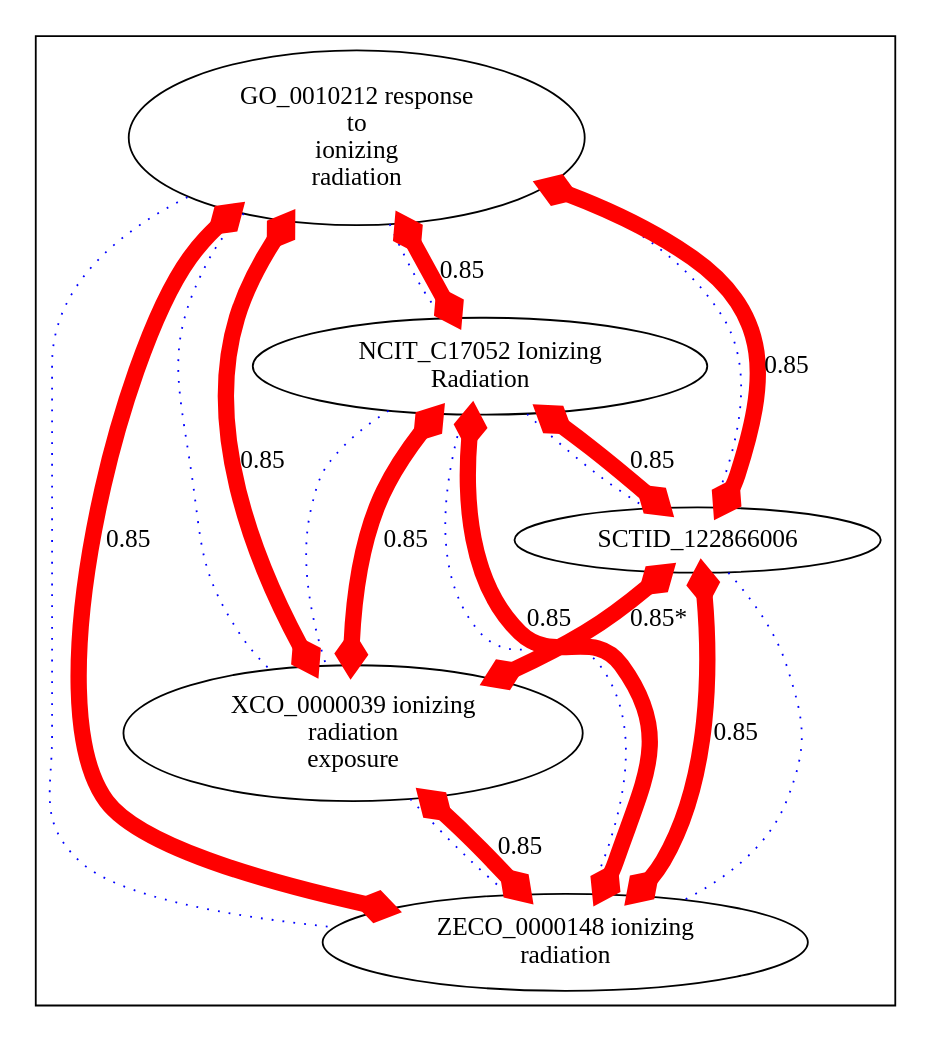
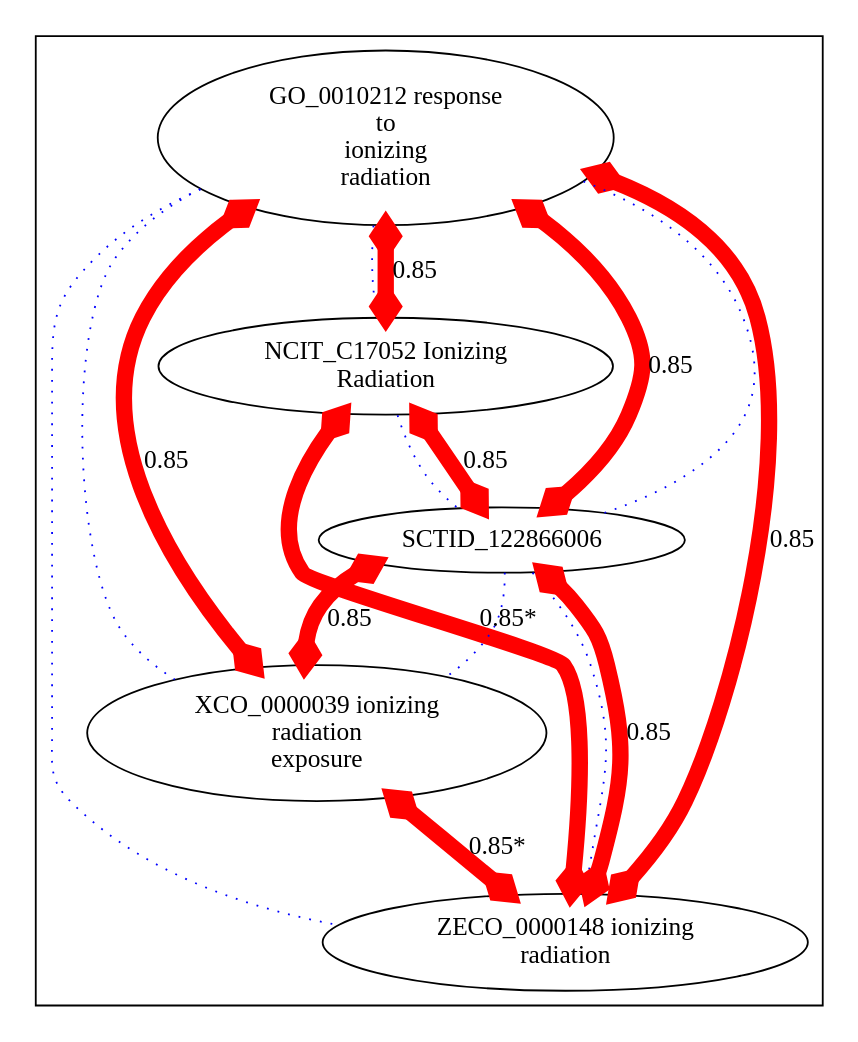
Before and after one commit to cmungall/radiation-ontology: the diagram in target/img-XCO_0000039.dot, drawn with Graphviz. The commit also changed 18 other files, not shown here.

```diff
--- a/target/img-XCO_0000039.dot
+++ b/target/img-XCO_0000039.dot
@@ -1,50 +1,44 @@
 digraph cliquegraph {
 subgraph cluster_XCO_0000039 {XCO_0000039 [ label="XCO_0000039 ionizing
 radiation
 exposure" ];
 ZECO_0000148 [ label="ZECO_0000148 ionizing
 radiation" ];
 NCIT_C17052 [ label="NCIT_C17052 Ionizing
 Radiation" ];
 GO_0010212 [ label="GO_0010212 response
 to
 ionizing
 radiation" ];
 SCTID_122866006 [ label="SCTID_122866006 " ];}
-NCIT_C17052 -> XCO_0000039 [ arrowhead = none, penwidth=1, color=blue, label="", style=dotted]
-
-NCIT_C17052 -> ZECO_0000148 [ arrowhead = none, penwidth=1, color=blue, label="", style=dotted]
-
-XCO_0000039 -> ZECO_0000148 [ arrowhead = none, penwidth=1, color=blue, label="", style=dotted]
-
-GO_0010212 -> NCIT_C17052 [ arrowhead = none, penwidth=1, color=blue, label="", style=dotted]
-
-GO_0010212 -> XCO_0000039 [ arrowhead = none, penwidth=1, color=blue, label="", style=dotted]
-
-SCTID_122866006 -> ZECO_0000148 [ arrowhead = none, penwidth=1, color=blue, label="", style=dotted]
+SCTID_122866006 -> XCO_0000039 [ arrowhead = none, penwidth=1, color=blue, label="", style=dotted]
 
 GO_0010212 -> SCTID_122866006 [ arrowhead = none, penwidth=1, color=blue, label="", style=dotted]
 
 NCIT_C17052 -> SCTID_122866006 [ arrowhead = none, penwidth=1, color=blue, label="", style=dotted]
 
 GO_0010212 -> ZECO_0000148 [ arrowhead = none, penwidth=1, color=blue, label="", style=dotted]
+
+SCTID_122866006 -> ZECO_0000148 [ arrowhead = none, penwidth=1, color=blue, label="", style=dotted]
+
+GO_0010212 -> NCIT_C17052 [ arrowhead = none, penwidth=1, color=blue, label="", style=dotted]
+
+GO_0010212 -> XCO_0000039 [ arrowhead = none, penwidth=1, color=blue, label="", style=dotted]
+SCTID_122866006 -> ZECO_0000148 [ arrowhead = ediamond, penwidth=9, color=red, label="0.85", style=solid, arrowtail=ediamond, dir=both]
+
 GO_0010212 -> XCO_0000039 [ arrowhead = ediamond, penwidth=9, color=red, label="0.85", style=solid, arrowtail=ediamond, dir=both]
-
-SCTID_122866006 -> ZECO_0000148 [ arrowhead = ediamond, penwidth=9, color=red, label="0.85", style=solid, arrowtail=ediamond, dir=both]
 
 NCIT_C17052 -> SCTID_122866006 [ arrowhead = ediamond, penwidth=9, color=red, label="0.85", style=solid, arrowtail=ediamond, dir=both]
 
 GO_0010212 -> NCIT_C17052 [ arrowhead = ediamond, penwidth=9, color=red, label="0.85", style=solid, arrowtail=ediamond, dir=both]
 
 GO_0010212 -> SCTID_122866006 [ arrowhead = ediamond, penwidth=9, color=red, label="0.85", style=solid, arrowtail=ediamond, dir=both]
 
-SCTID_122866006 -> XCO_0000039 [ arrowhead = ediamond, penwidth=9, color=red, label="0.85*", style=solid, arrowtail=ediamond, dir=both]
+SCTID_122866006 -> XCO_0000039 [ arrowhead = ediamond, penwidth=9, color=red, label="0.85", style=solid, arrowtail=ediamond, dir=both]
 
 GO_0010212 -> ZECO_0000148 [ arrowhead = ediamond, penwidth=9, color=red, label="0.85", style=solid, arrowtail=ediamond, dir=both]
 
-XCO_0000039 -> ZECO_0000148 [ arrowhead = ediamond, penwidth=9, color=red, label="0.85", style=solid, arrowtail=ediamond, dir=both]
+XCO_0000039 -> ZECO_0000148 [ arrowhead = ediamond, penwidth=9, color=red, label="0.85*", style=solid, arrowtail=ediamond, dir=both]
 
-NCIT_C17052 -> ZECO_0000148 [ arrowhead = ediamond, penwidth=9, color=red, label="0.85", style=solid, arrowtail=ediamond, dir=both]
-
-NCIT_C17052 -> XCO_0000039 [ arrowhead = ediamond, penwidth=9, color=red, label="0.85", style=solid, arrowtail=ediamond, dir=both]
+NCIT_C17052 -> ZECO_0000148 [ arrowhead = ediamond, penwidth=9, color=red, label="0.85*", style=solid, arrowtail=ediamond, dir=both]
 }
```
